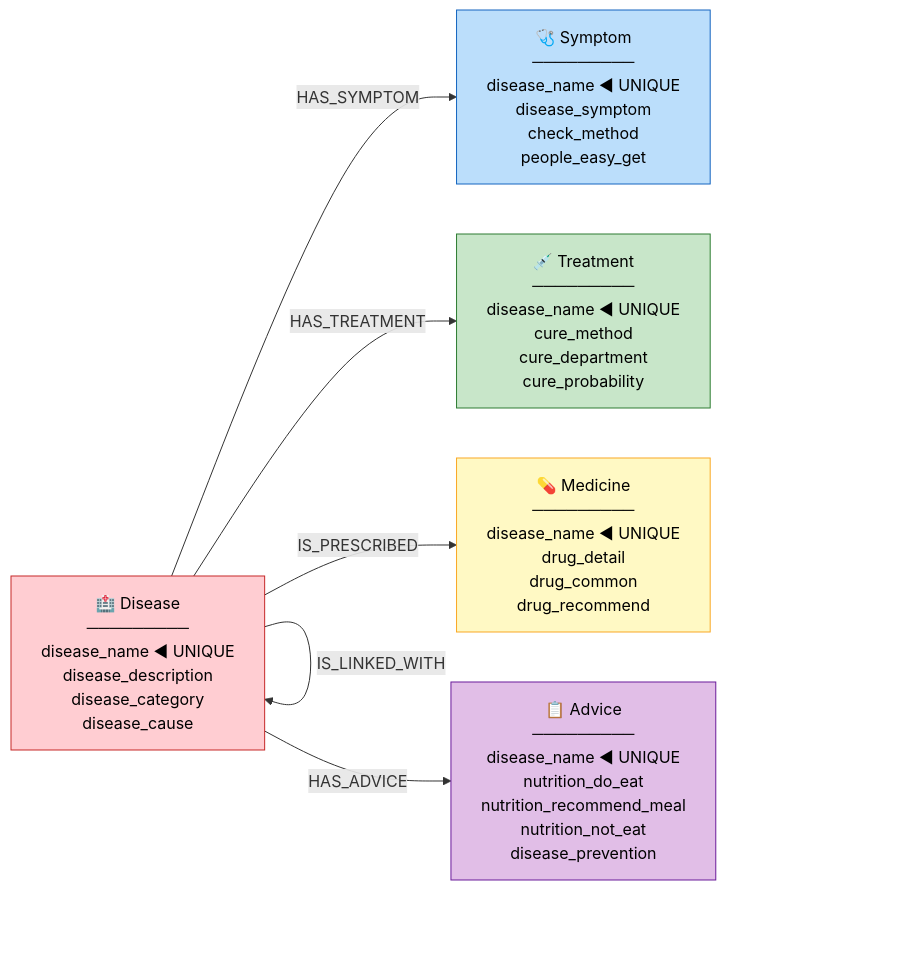
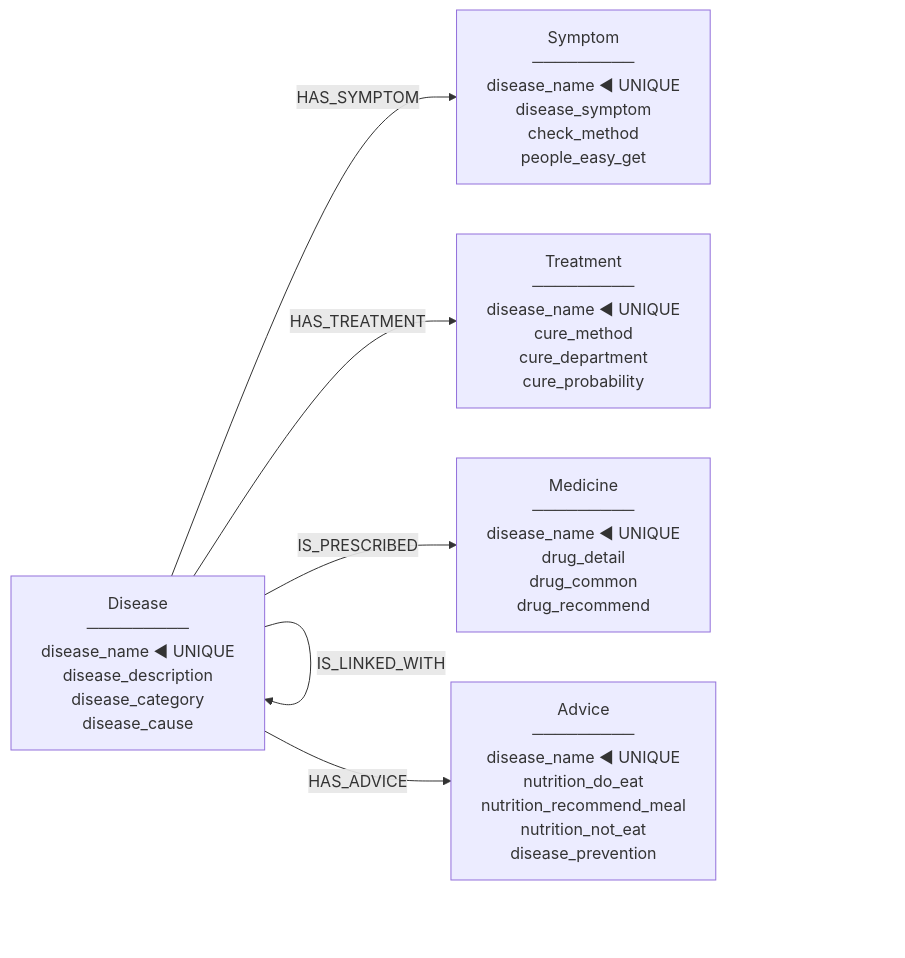
One commit to NgBaoAnn/kbqa changed the second of 2 diagrams in docs/13_GRAPH_SCHEMA_DESIGN.md. Above: the diagram before and after it, drawn with Mermaid. The commit also changed other lines of this file, not shown here.

Commit message:
docs: update graph schema design documentation for consistency and clarity

````diff
--- a/docs/13_GRAPH_SCHEMA_DESIGN.md
+++ b/docs/13_GRAPH_SCHEMA_DESIGN.md
@@ -65,20 +74,14 @@
 ```mermaid
 graph LR
-    D["🏥 Disease\n─────────\ndisease_name ◄ UNIQUE\ndisease_description\ndisease_category\ndisease_cause"]
-    S["🩺 Symptom\n─────────\ndisease_name ◄ UNIQUE\ndisease_symptom\ncheck_method\npeople_easy_get"]
-    T["💉 Treatment\n─────────\ndisease_name ◄ UNIQUE\ncure_method\ncure_department\ncure_probability"]
-    M["💊 Medicine\n─────────\ndisease_name ◄ UNIQUE\ndrug_detail\ndrug_common\ndrug_recommend"]
-    A["📋 Advice\n─────────\ndisease_name ◄ UNIQUE\nnutrition_do_eat\nnutrition_recommend_meal\nnutrition_not_eat\ndisease_prevention"]
+    D["Disease\n─────────\ndisease_name ◄ UNIQUE\ndisease_description\ndisease_category\ndisease_cause"]
+    S["Symptom\n─────────\ndisease_name ◄ UNIQUE\ndisease_symptom\ncheck_method\npeople_easy_get"]
+    T["Treatment\n─────────\ndisease_name ◄ UNIQUE\ncure_method\ncure_department\ncure_probability"]
+    M["Medicine\n─────────\ndisease_name ◄ UNIQUE\ndrug_detail\ndrug_common\ndrug_recommend"]
+    A["Advice\n─────────\ndisease_name ◄ UNIQUE\nnutrition_do_eat\nnutrition_recommend_meal\nnutrition_not_eat\ndisease_prevention"]
 
     D -- "HAS_SYMPTOM" --> S
     D -- "HAS_TREATMENT" --> T
     D -- "IS_PRESCRIBED" --> M
     D -- "HAS_ADVICE" --> A
     D -- "IS_LINKED_WITH" --> D
-
-    style D fill:#ffcdd2,stroke:#c62828,color:#000
-    style S fill:#bbdefb,stroke:#1565c0,color:#000
-    style T fill:#c8e6c9,stroke:#2e7d32,color:#000
-    style M fill:#fff9c4,stroke:#f9a825,color:#000
-    style A fill:#e1bee7,stroke:#6a1b9a,color:#000
 ```
````
